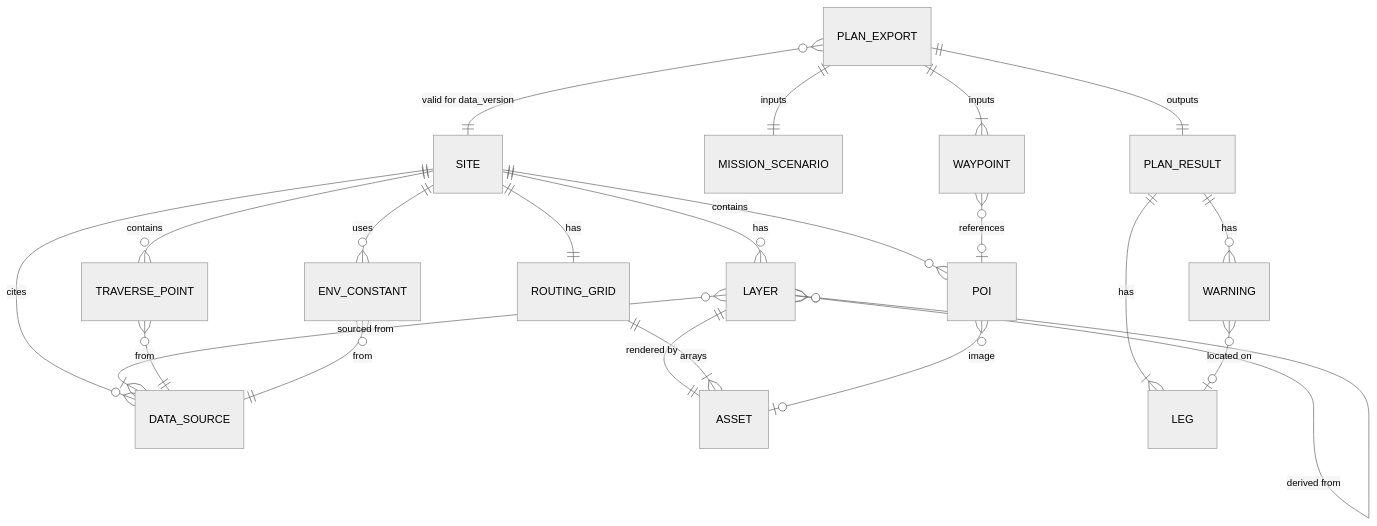
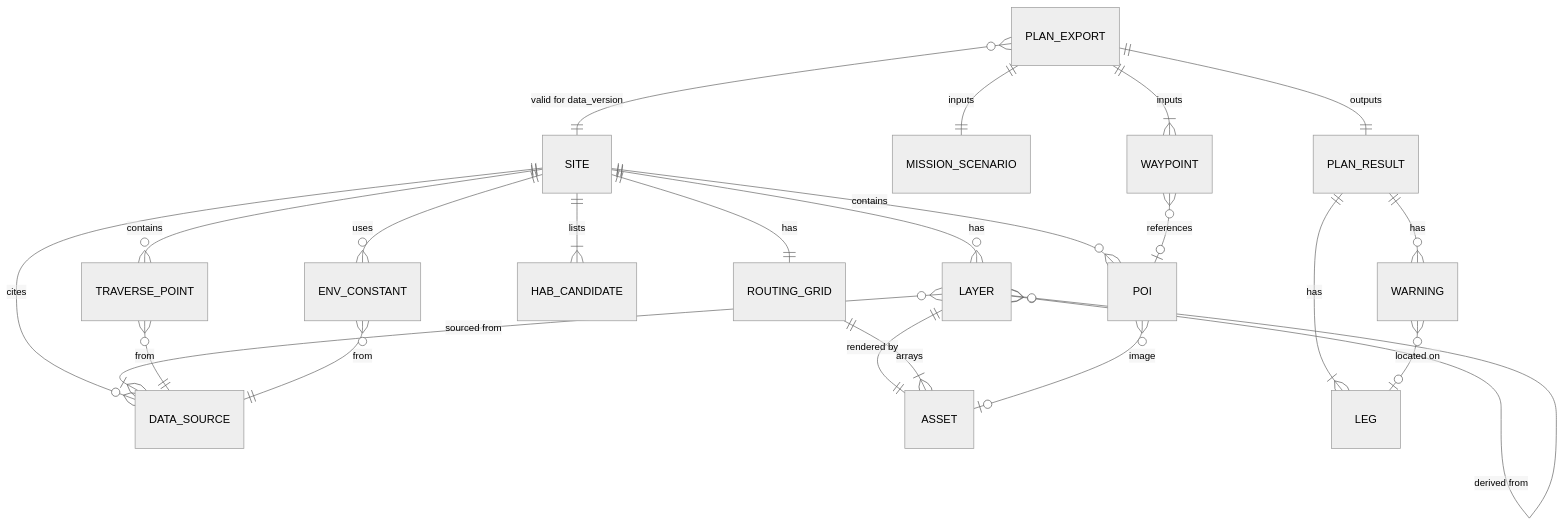
Before and after one commit to tashobi02/Gale-Surface-Ops: the first of 2 diagrams in docs/specs/05_Backend_and_Database_Schema.md, drawn with Mermaid (neutral theme). The commit also changed other lines of this file and 5 other files, not shown here.

````diff
--- a/docs/specs/05_Backend_and_Database_Schema.md
+++ b/docs/specs/05_Backend_and_Database_Schema.md
@@ -529,24 +591,25 @@
 ```mermaid
 erDiagram
   SITE ||--o{ LAYER : "has"
   SITE ||--|| ROUTING_GRID : "has"
   SITE ||--o{ POI : "contains"
+  SITE ||--|{ HAB_CANDIDATE : "lists"
   SITE ||--o{ TRAVERSE_POINT : "contains"
   SITE ||--o{ ENV_CONSTANT : "uses"
   SITE ||--o{ DATA_SOURCE : "cites"
   LAYER }o--|{ DATA_SOURCE : "sourced from"
   LAYER ||--|| ASSET : "rendered by"
   LAYER }o--o{ LAYER : "derived from"
   ROUTING_GRID ||--|{ ASSET : "arrays"
   POI }o--o| ASSET : "image"
   TRAVERSE_POINT }o--|| DATA_SOURCE : "from"
   ENV_CONSTANT }o--|| DATA_SOURCE : "from"
   PLAN_EXPORT }o--|| SITE : "valid for data_version"
   PLAN_EXPORT ||--|| MISSION_SCENARIO : "inputs"
   PLAN_EXPORT ||--|{ WAYPOINT : "inputs"
   WAYPOINT }o--o| POI : "references"
   PLAN_EXPORT ||--|| PLAN_RESULT : "outputs"
   PLAN_RESULT ||--|{ LEG : "has"
   PLAN_RESULT ||--o{ WARNING : "has"
   WARNING }o--o| LEG : "located on"
 ```
````
